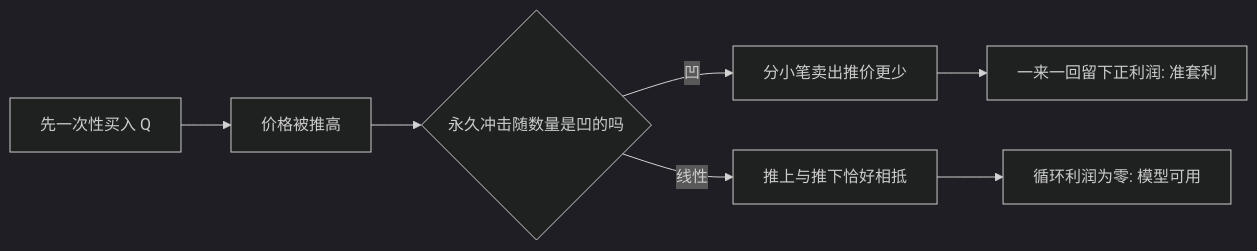
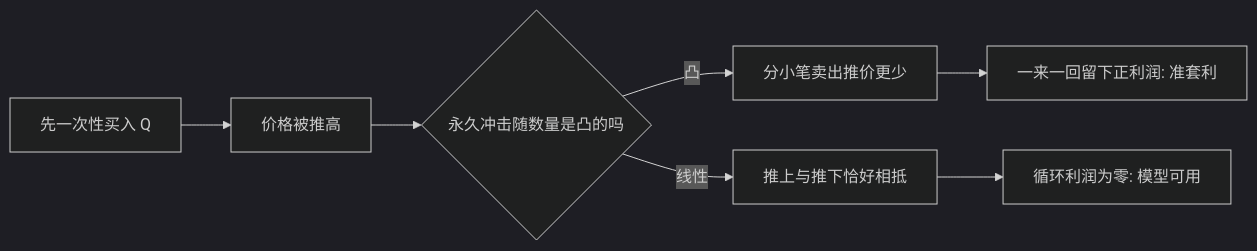
One commit to xhongduo-tech/xhongduo-tech.github.io changed the first of 2 diagrams in docs/quant/temp-perm-impact.md. Above: the diagram before and after it, drawn with Mermaid (dark theme). The commit also changed other lines of this file and 1 other file, not shown here.

Commit message:
Content review quant-120: fix temp/perm impact concavity directions (numerically verified both functions), TCA paper title to 'The Total Cost of Transactions on the NYSE'.

````diff
--- a/docs/quant/temp-perm-impact.md
+++ b/docs/quant/temp-perm-impact.md
@@ -54,9 +54,9 @@
 ```mermaid
 flowchart LR
   A["先一次性买入 Q"] --> B["价格被推高"]
-  B --> C{"永久冲击随数量是凹的吗"}
-  C -- "凹" --> D["分小笔卖出推价更少"]
+  B --> C{"永久冲击随数量是凸的吗"}
+  C -- "凸" --> D["分小笔卖出推价更少"]
   D --> E["一来一回留下正利润: 准套利"]
   C -- "线性" --> F["推上与推下恰好相抵"]
   F --> G["循环利润为零: 模型可用"]
 ```
````
